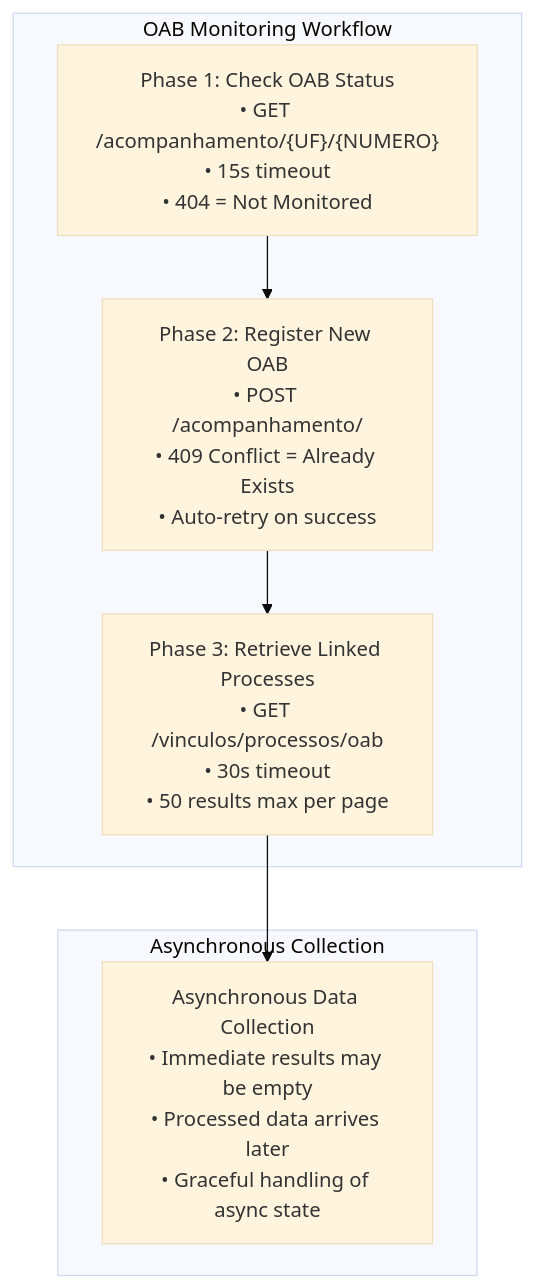
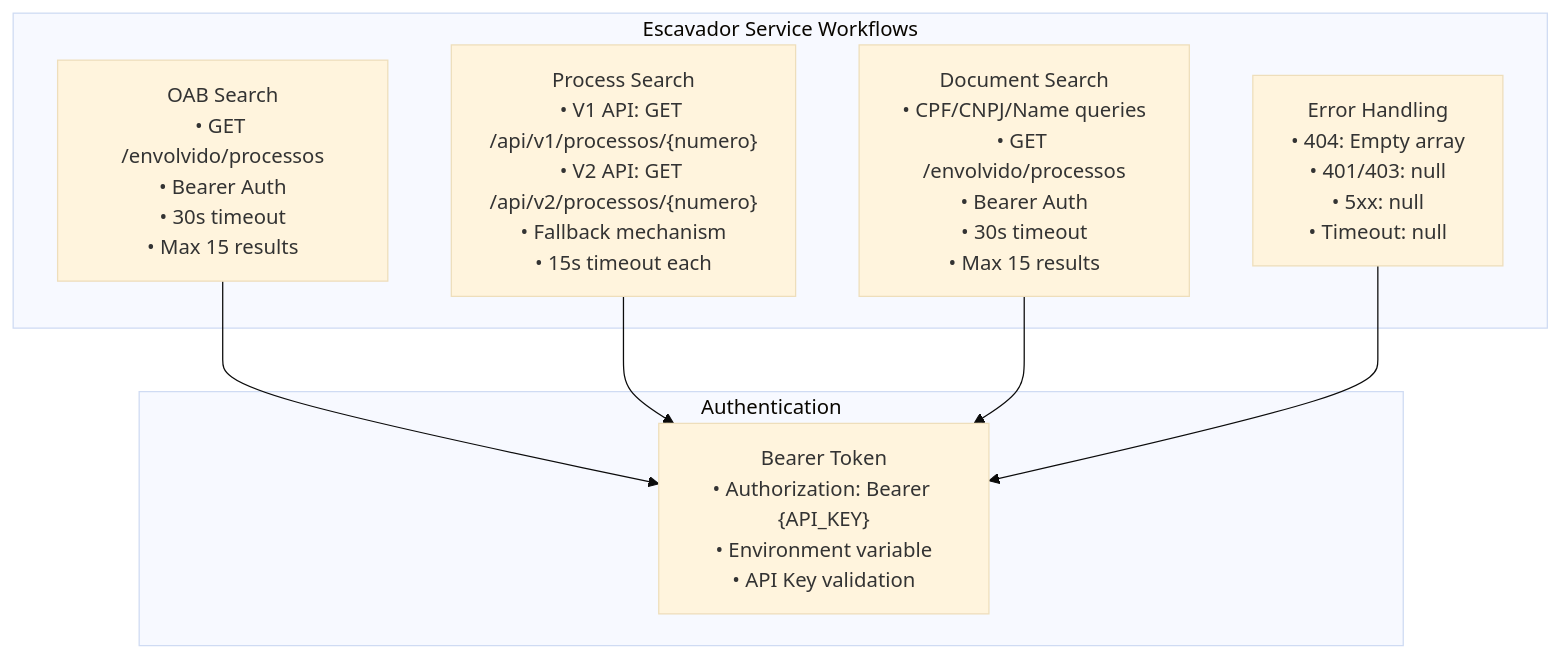
One commit to Alexandrexicara/bot-processos changed the tenth of 19 diagrams in .qoder/repowiki/en/content/API Integration Layer/Premium Paid Service Integration.md. Above: the diagram before and after it, drawn with Mermaid (base theme). The commit also changed other lines of this file and 6 other files, not shown here.

````diff
--- a/.qoder/repowiki/en/content/API Integration Layer/Premium Paid Service Integration.md
+++ b/.qoder/repowiki/en/content/API Integration Layer/Premium Paid Service Integration.md
@@ -496,13 +387,16 @@
 ```mermaid
 flowchart TD
-subgraph "OAB Monitoring Workflow"
-Phase1["Phase 1: Check OAB Status<br/>• GET /acompanhamento/{UF}/{NUMERO}<br/>• 15s timeout<br/>• 404 = Not Monitored"]
-Phase2["Phase 2: Register New OAB<br/>• POST /acompanhamento/<br/>• 409 Conflict = Already Exists<br/>• Auto-retry on success"]
-Phase3["Phase 3: Retrieve Linked Processes<br/>• GET /vinculos/processos/oab<br/>• 30s timeout<br/>• 50 results max per page"]
+subgraph "Escavador Service Workflows"
+OABSearch["OAB Search<br/>• GET /envolvido/processos<br/>• Bearer Auth<br/>• 30s timeout<br/>• Max 15 results"]
+ProcessSearch["Process Search<br/>• V1 API: GET /api/v1/processos/{numero}<br/>• V2 API: GET /api/v2/processos/{numero}<br/>• Fallback mechanism<br/>• 15s timeout each"]
+DocumentSearch["Document Search<br/>• CPF/CNPJ/Name queries<br/>• GET /envolvido/processos<br/>• Bearer Auth<br/>• 30s timeout<br/>• Max 15 results"]
+ErrorHandling["Error Handling<br/>• 404: Empty array<br/>• 401/403: null<br/>• 5xx: null<br/>• Timeout: null"]
 end
-subgraph "Asynchronous Collection"
-AsyncCollection["Asynchronous Data Collection<br/>• Immediate results may be empty<br/>• Processed data arrives later<br/>• Graceful handling of async state"]
+subgraph "Authentication"
+Auth["Bearer Token<br/>• Authorization: Bearer {API_KEY}<br/>• Environment variable<br/>• API Key validation"]
 end
-Phase1 --> Phase2 --> Phase3
-Phase3 --> AsyncCollection
+OABSearch --> Auth
+ProcessSearch --> Auth
+DocumentSearch --> Auth
+ErrorHandling --> Auth
 ```
````
